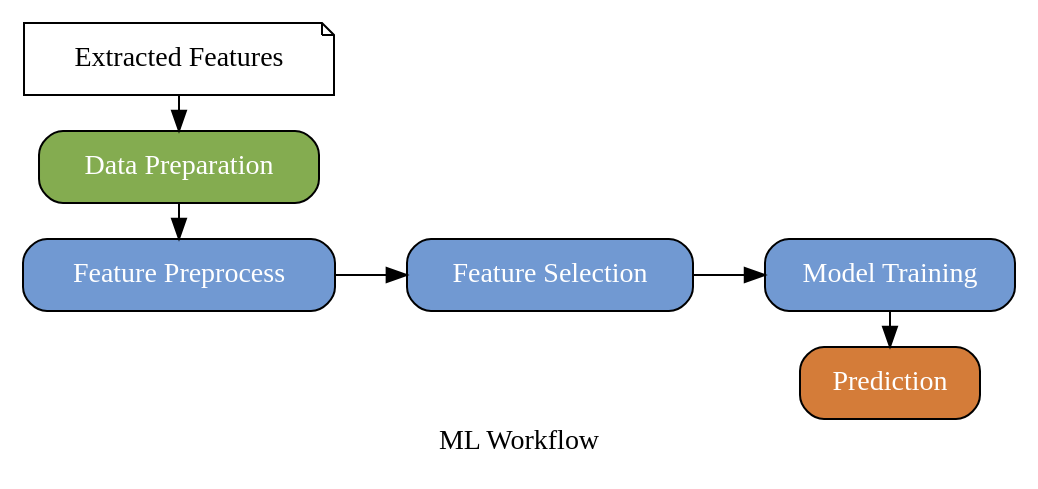
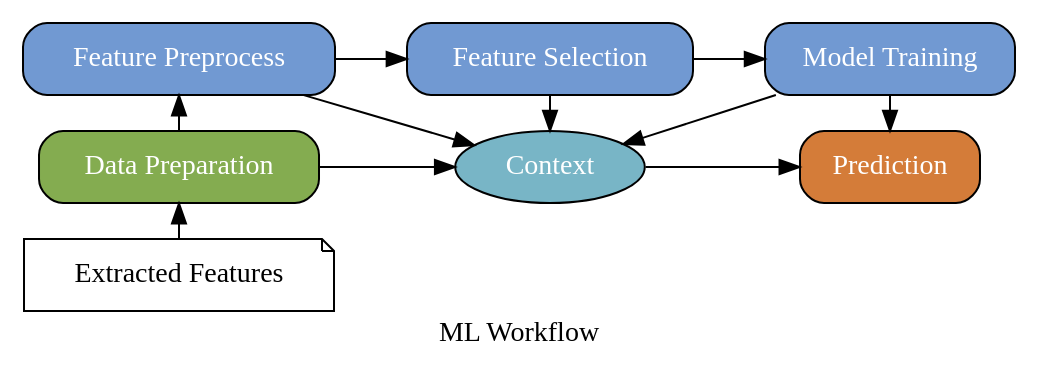
The diagram in docs/workflow.dot (dantin/analysis-platform), drawn with Graphviz before and after one commit. The commit also changed 1 other file, not shown here.

```diff
--- a/docs/workflow.dot
+++ b/docs/workflow.dot
@@ -1,24 +1,32 @@
 digraph G {
     // Graph Attributes
     rankdir=LR;
     label="ML Workflow";
     node [shape="box", style="rounded,filled", fontcolor="#FFFFFF"];
 
     // Nodes
-    input_features[shape=note, style="", fontcolor="", label="Extracted Features"];
+    input_features[shape="note", style="", fontcolor="", label="Extracted Features"];
     data_preparation[fillcolor="#84AC50", label="Data Preparation"];
     preprocess[fillcolor="#7199D2", label="Feature Preprocess"];
     feature_selection[fillcolor="#7199D2", label="Feature Selection"];
     model_training[fillcolor="#7199D2", label="Model Training"];
     prediction[fillcolor="#D47C39", label="Prediction"];
+    context[shape="oval", fillcolor="#78B5C6", label="Context"];
     
     // Edges
     { rank=same input_features data_preparation preprocess }
     { rank=same model_training prediction }
+    { rank=same feature_selection context }
     
-    input_features    -> data_preparation;
-    data_preparation  -> preprocess;
+    data_preparation  -> input_features     [dir="back"];
+    preprocess        -> data_preparation   [dir="back"];
     preprocess        -> feature_selection;
     feature_selection -> model_training;
     model_training    -> prediction;
+
+    data_preparation  -> context;
+    preprocess        -> context;
+    feature_selection -> context;
+    model_training    -> context;
+    context           -> prediction;
 }
```
